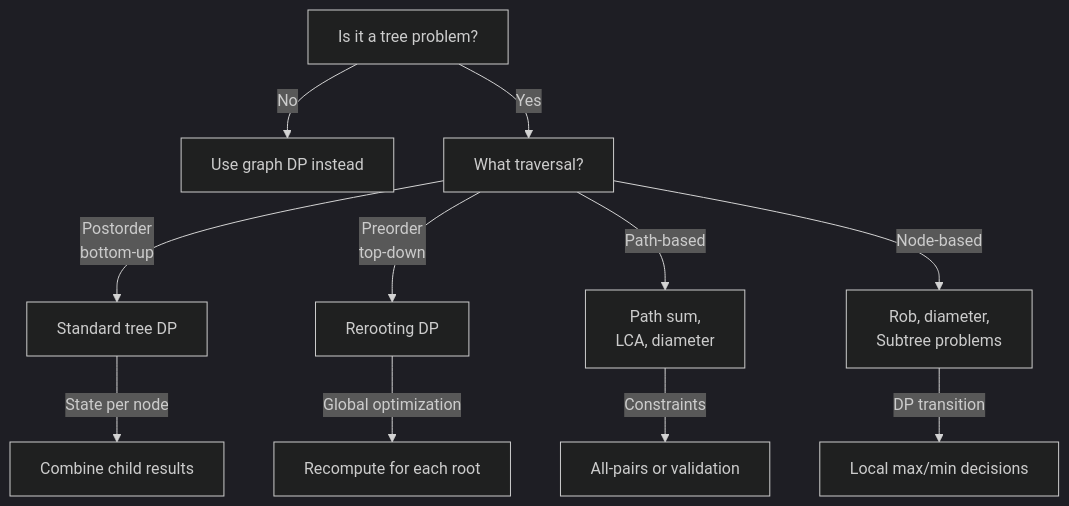
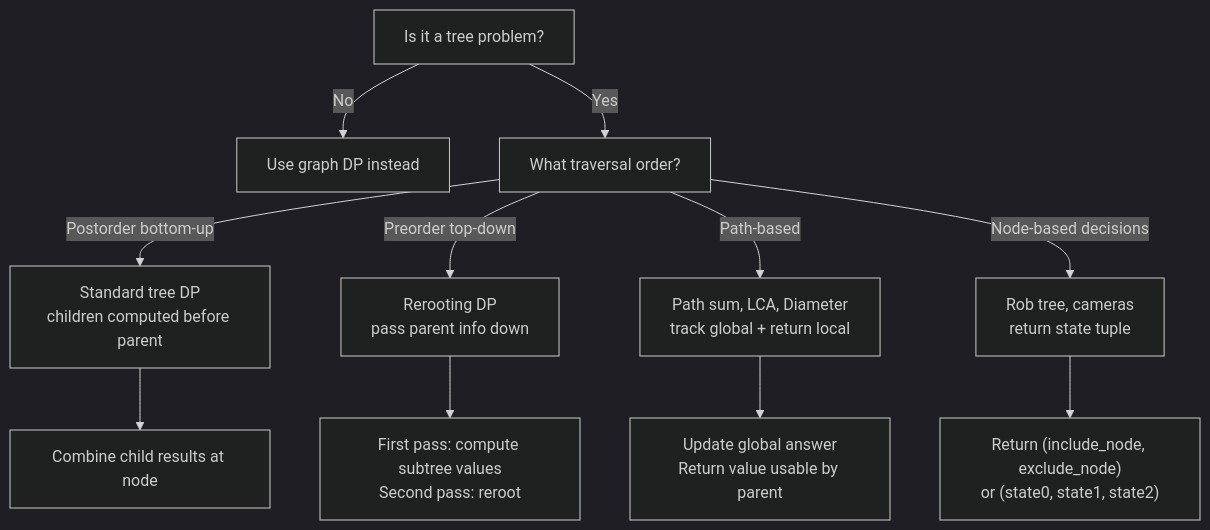
The first of 4 diagrams in docs/algorithms/graph/tree_dp_guide.md (souradeepta/interviewprep), drawn with Mermaid (dark theme) before and after one commit. The commit also changed other lines of this file and 16 other files, not shown here.

````diff
--- a/docs/algorithms/graph/tree_dp_guide.md
+++ b/docs/algorithms/graph/tree_dp_guide.md
@@ -70,15 +19,13 @@
 ```mermaid
 graph TD
     A["Is it a tree problem?"] -->|No| B["Use graph DP instead"]
-    A -->|Yes| C["What traversal?"]
-    
-    C -->|Postorder<br/>bottom-up| D["Standard tree DP"]
-    C -->|Preorder<br/>top-down| E["Rerooting DP"]
-    C -->|Path-based| F["Path sum,<br/>LCA, diameter"]
-    C -->|Node-based| G["Rob, diameter,<br/>Subtree problems"]
-    
-    D -->|State per node| H["Combine child results"]
-    E -->|Global optimization| I["Recompute for each root"]
-    F -->|Constraints| J["All-pairs or validation"]
-    G -->|DP transition| K["Local max/min decisions"]
+    A -->|Yes| C["What traversal order?"]
+    C -->|Postorder bottom-up| D["Standard tree DP<br/>children computed before parent"]
+    C -->|Preorder top-down| E["Rerooting DP<br/>pass parent info down"]
+    C -->|Path-based| F["Path sum, LCA, Diameter<br/>track global + return local"]
+    C -->|Node-based decisions| G["Rob tree, cameras<br/>return state tuple"]
+    D --> H["Combine child results at node"]
+    E --> I["First pass: compute subtree values<br/>Second pass: reroot"]
+    F --> J["Update global answer<br/>Return value usable by parent"]
+    G --> K["Return (include_node, exclude_node)<br/>or (state0, state1, state2)"]
 ```
````
